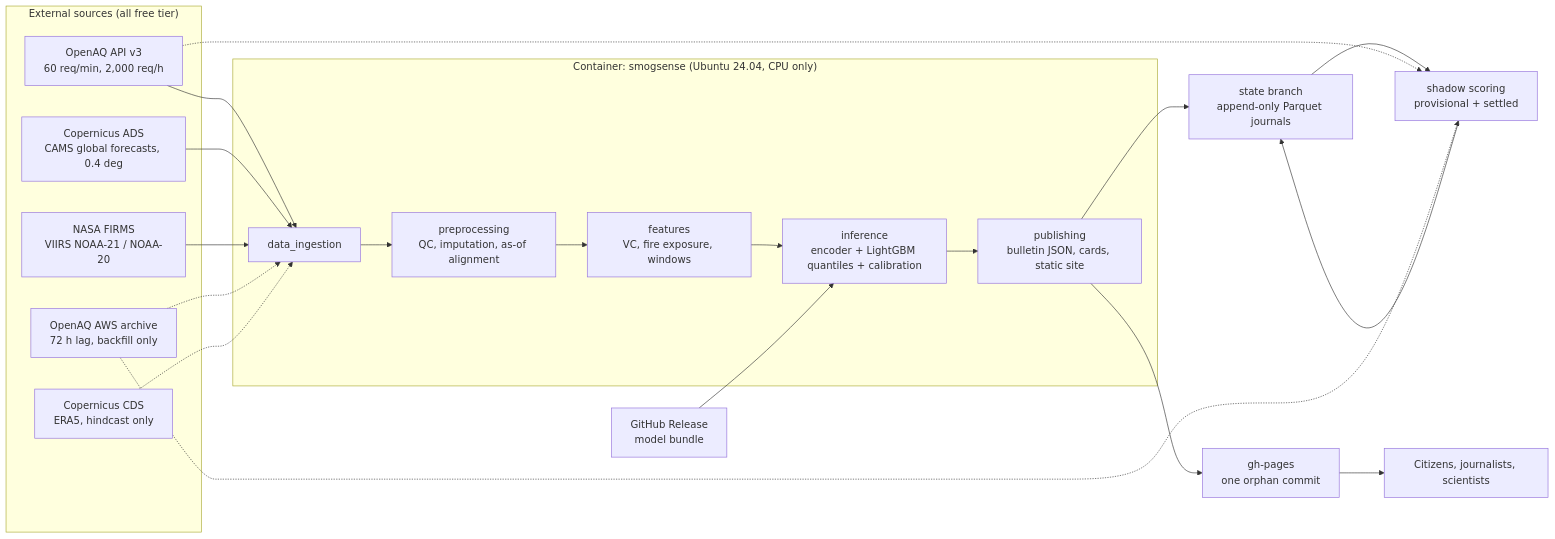
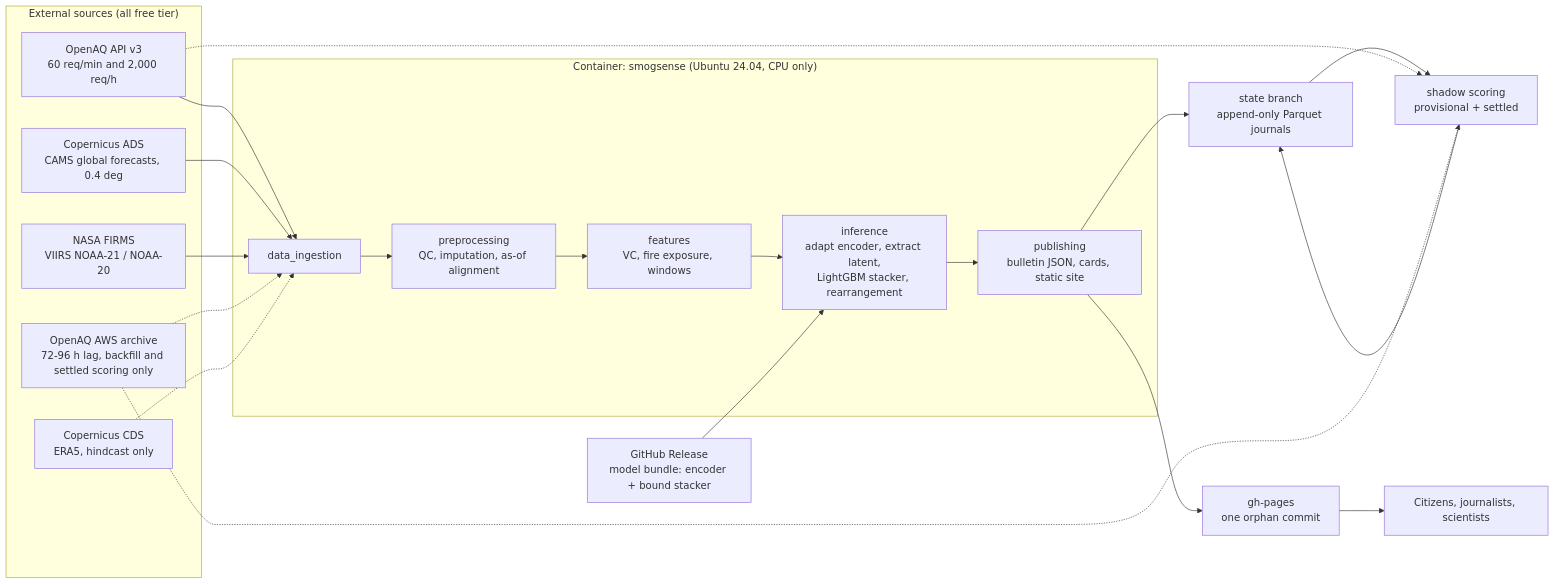
The diagram in docs/system-architecture.md (haiderkashan/smog-sense), drawn with Mermaid before and after one commit. The commit also changed other lines of this file and 6 other files, not shown here.

Commit message:
docs: synchronize architecture and specification across core documentation

````diff
--- a/docs/system-architecture.md
+++ b/docs/system-architecture.md
@@ -22,29 +23,29 @@
 ```mermaid
 flowchart LR
     subgraph SRC["External sources (all free tier)"]
-        OAQ["OpenAQ API v3<br/>60 req/min, 2,000 req/h"]
-        ARC["OpenAQ AWS archive<br/>72 h lag, backfill only"]
+        OAQ["OpenAQ API v3<br/>60 req/min and 2,000 req/h"]
+        ARC["OpenAQ AWS archive<br/>72-96 h lag, backfill and settled scoring only"]
         ADS["Copernicus ADS<br/>CAMS global forecasts, 0.4 deg"]
         CDS["Copernicus CDS<br/>ERA5, hindcast only"]
         FIR["NASA FIRMS<br/>VIIRS NOAA-21 / NOAA-20"]
     end
     subgraph PIPE["Container: smogsense (Ubuntu 24.04, CPU only)"]
         ING["data_ingestion"] --> PRE["preprocessing<br/>QC, imputation, as-of alignment"]
         PRE --> FEA["features<br/>VC, fire exposure, windows"]
-        FEA --> INF["inference<br/>encoder + LightGBM quantiles + calibration"]
+        FEA --> INF["inference<br/>adapt encoder, extract latent,<br/>LightGBM stacker, rearrangement"]
         INF --> BUL["publishing<br/>bulletin JSON, cards, static site"]
     end
     OAQ --> ING
     ADS --> ING
     FIR --> ING
     ARC -.-> ING
     CDS -.-> ING
-    REL["GitHub Release<br/>model bundle"] --> INF
+    REL["GitHub Release<br/>model bundle: encoder + bound stacker"] --> INF
     BUL --> ST["state branch<br/>append-only Parquet journals"]
     BUL --> GHP["gh-pages<br/>one orphan commit"]
     GHP --> USERS["Citizens, journalists, scientists"]
     ST --> SCO["shadow scoring<br/>provisional + settled"]
     OAQ -.-> SCO
     ARC -.-> SCO
     SCO --> ST
 ```
````
